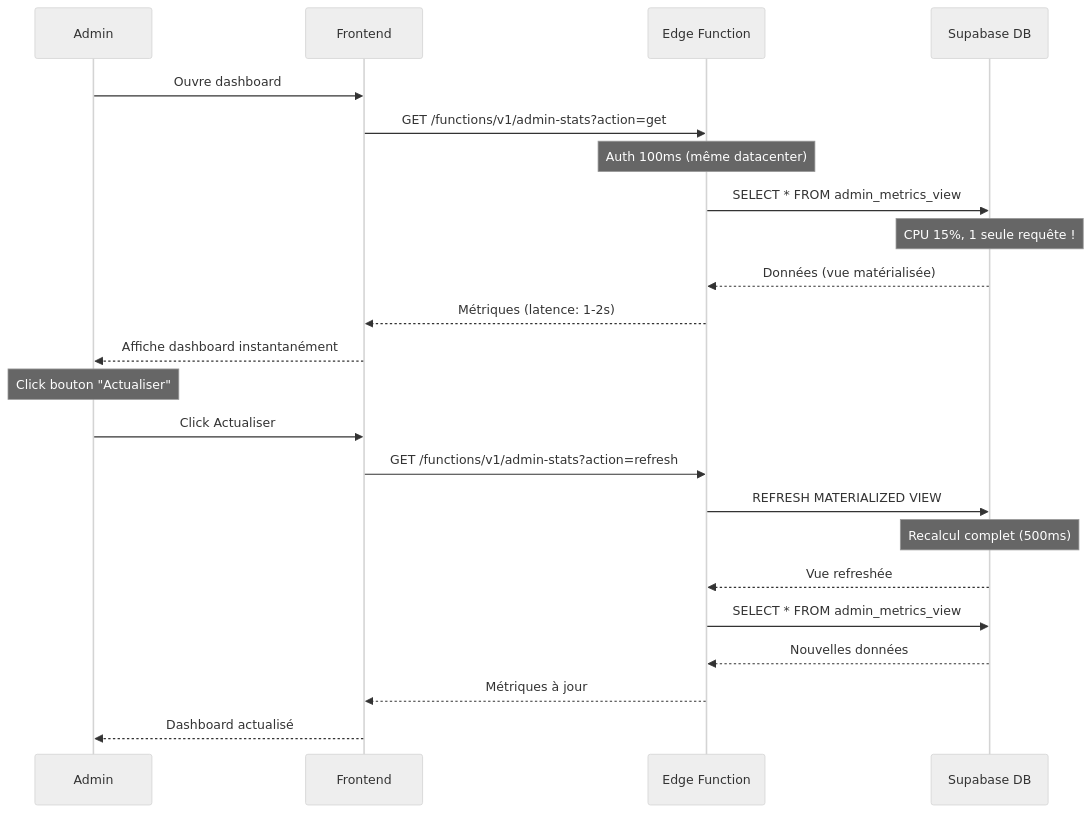
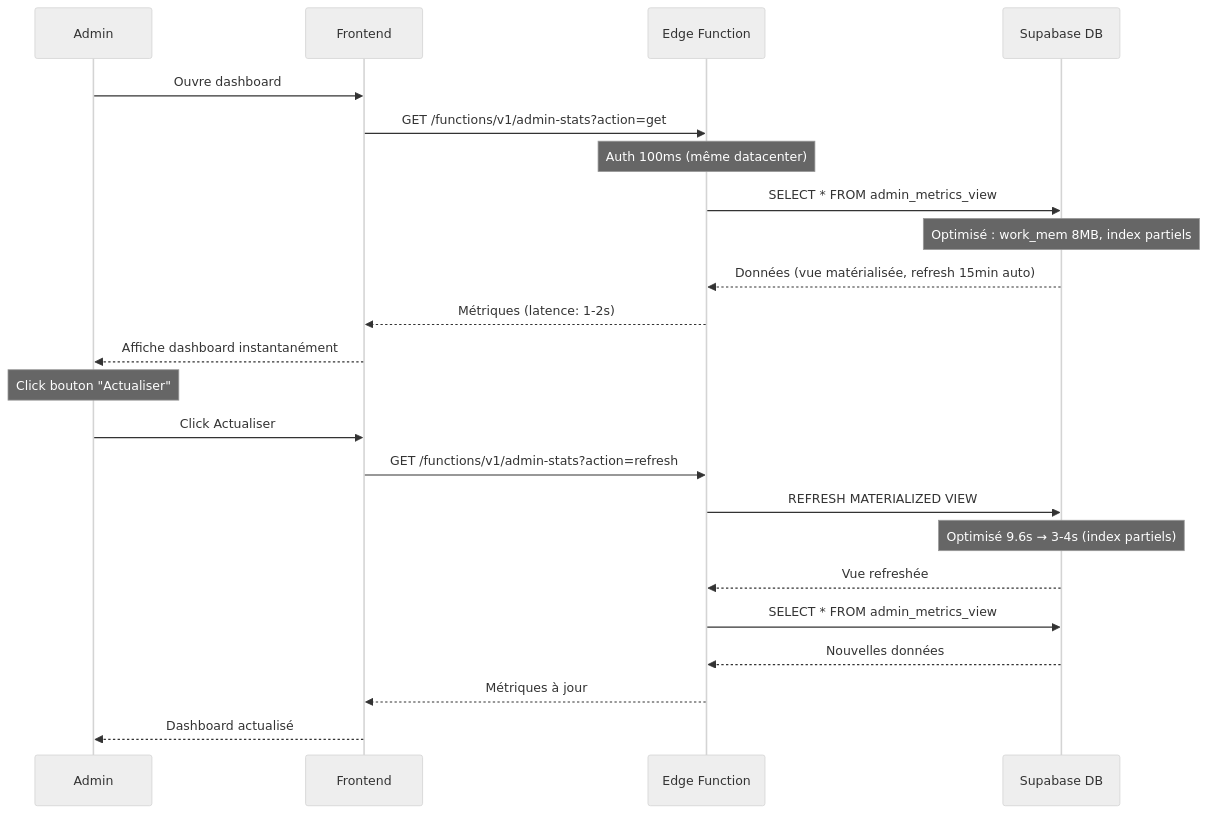
One commit to Volgine/Documentations-Projets-ArchiReg changed the fourth of 6 diagrams in 01-ARCHITECTURE-GLOBALE.md. Above: the diagram before and after it, drawn with Mermaid (neutral theme). The commit also changed other lines of this file and 3 other files, not shown here.

Commit message:
docs: Correction diagrammes Mermaid - Architecture réelle (3 Edge Functions, 2 Workers, files_queue, auto-sync, données actuelles)

````diff
--- a/01-ARCHITECTURE-GLOBALE.md
+++ b/01-ARCHITECTURE-GLOBALE.md
@@ -162,27 +170,27 @@
 ```mermaid
 sequenceDiagram
     participant A as Admin
     participant F as Frontend
     participant EF as Edge Function
     participant DB as Supabase DB
     
     A->>F: Ouvre dashboard
     F->>EF: GET /functions/v1/admin-stats?action=get
     Note over EF: Auth 100ms (même datacenter)
     EF->>DB: SELECT * FROM admin_metrics_view
-    Note over DB: CPU 15%, 1 seule requête !
-    DB-->>EF: Données (vue matérialisée)
+    Note over DB: Optimisé : work_mem 8MB, index partiels
+    DB-->>EF: Données (vue matérialisée, refresh 15min auto)
     EF-->>F: Métriques (latence: 1-2s)
     F-->>A: Affiche dashboard instantanément
     
     Note over A: Click bouton "Actualiser"
     A->>F: Click Actualiser
     F->>EF: GET /functions/v1/admin-stats?action=refresh
     EF->>DB: REFRESH MATERIALIZED VIEW
-    Note over DB: Recalcul complet (500ms)
+    Note over DB: Optimisé 9.6s → 3-4s (index partiels)
     DB-->>EF: Vue refreshée
     EF->>DB: SELECT * FROM admin_metrics_view
     DB-->>EF: Nouvelles données
     EF-->>F: Métriques à jour
     F-->>A: Dashboard actualisé
 ```
````
